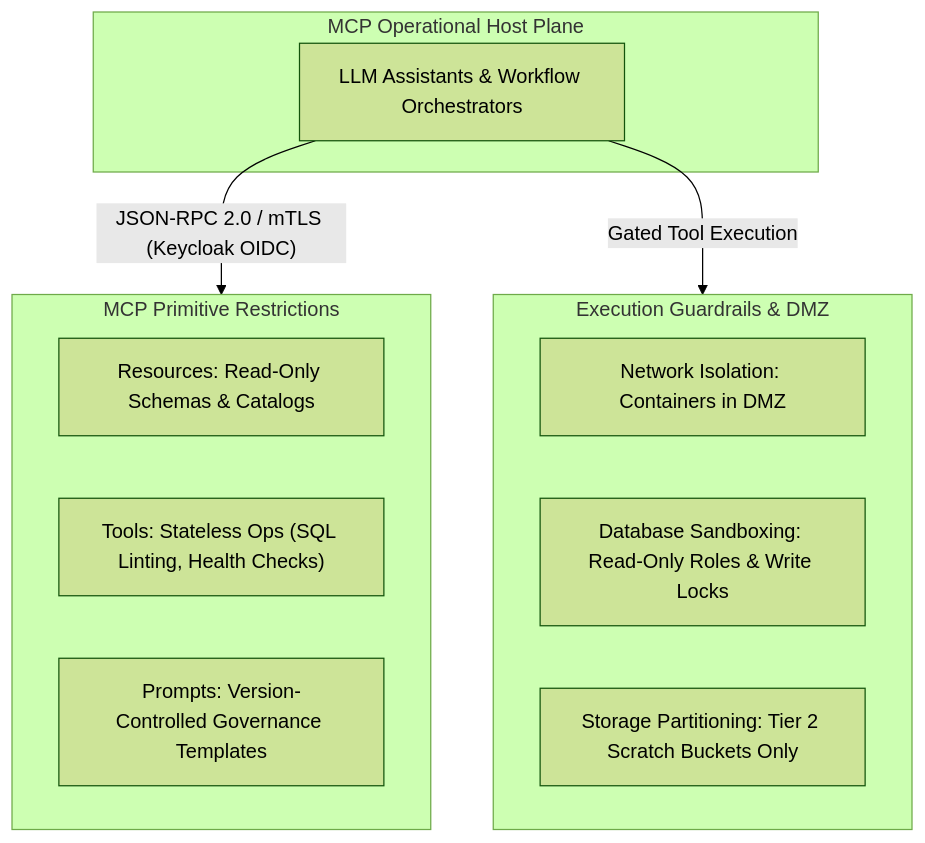
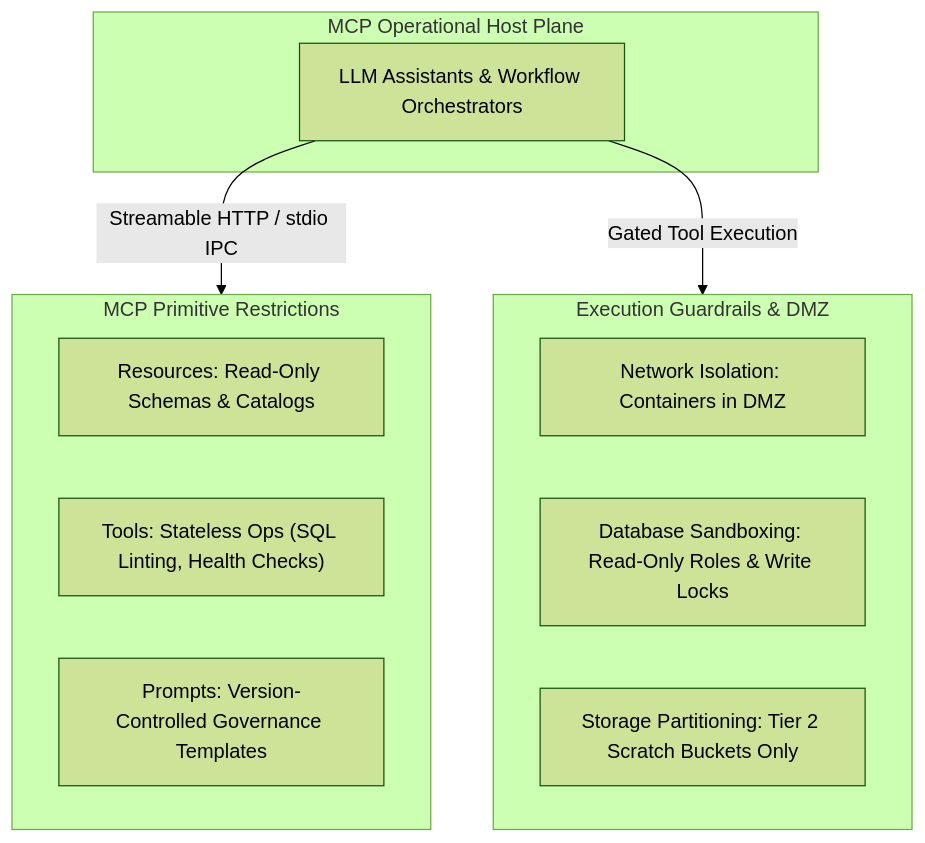
The diagram in docs/explanation/mcp-and-ai-sandboxing.md (linuxmalaysia/bda-ai-infra), drawn with Mermaid (forest theme) before and after one commit. The commit also changed other lines of this file and 16 other files, not shown here.

````diff
--- a/docs/explanation/mcp-and-ai-sandboxing.md
+++ b/docs/explanation/mcp-and-ai-sandboxing.md
@@ -94,21 +99,21 @@
 ```mermaid
 flowchart TD
     subgraph HostPlane ["MCP Operational Host Plane"]
         LLMAssistants["LLM Assistants &amp; Workflow Orchestrators"]
     end
 
     subgraph Primitives ["MCP Primitive Restrictions"]
         Resources["Resources: Read-Only Schemas &amp; Catalogs"]
         Tools["Tools: Stateless Ops (SQL Linting, Health Checks)"]
         Prompts["Prompts: Version-Controlled Governance Templates"]
     end
 
     subgraph Guardrails ["Execution Guardrails &amp; DMZ"]
         NetIso["Network Isolation: Containers in DMZ"]
         DBSandbox["Database Sandboxing: Read-Only Roles &amp; Write Locks"]
         StorePart["Storage Partitioning: Tier 2 Scratch Buckets Only"]
     end
 
-    LLMAssistants -->|"JSON-RPC 2.0 / mTLS (Keycloak OIDC)"| Primitives
+    LLMAssistants -->|"Streamable HTTP / stdio IPC"| Primitives
     LLMAssistants -->|"Gated Tool Execution"| Guardrails
 ```
````
